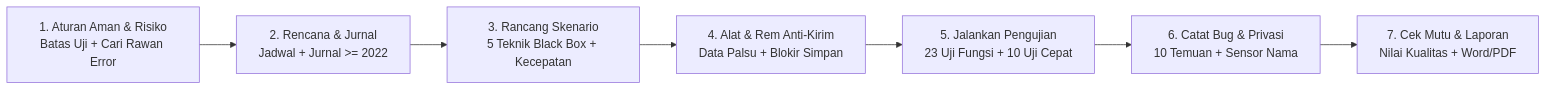
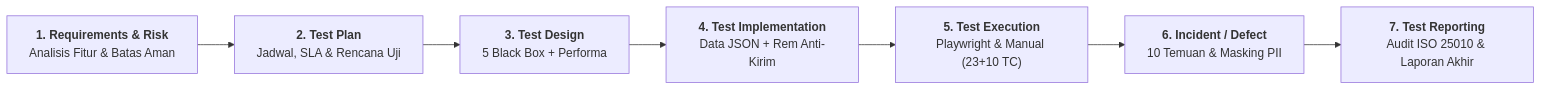
One commit to BrongSkuy/tugas-qa-testing changed the diagram in 02-objek-umkm-dan-rencana-uji/test-plan-gor-permata.md. Above: the diagram before and after it, drawn with Mermaid. The commit also changed other lines of this file and 16 other files, not shown here.

````diff
--- a/02-objek-umkm-dan-rencana-uji/test-plan-gor-permata.md
+++ b/02-objek-umkm-dan-rencana-uji/test-plan-gor-permata.md
@@ -83,9 +83,10 @@
 ```mermaid
 flowchart LR
-    T1["1. Aturan Aman & Risiko<br/>Batas Uji + Cari Rawan Error"] --> T2["2. Rencana & Jurnal<br/>Jadwal + Jurnal >= 2022"]
-    T2 --> T3["3. Rancang Skenario<br/>5 Teknik Black Box + Kecepatan"]
-    T3 --> T4["4. Alat & Rem Anti-Kirim<br/>Data Palsu + Blokir Simpan"]
-    T4 --> T5["5. Jalankan Pengujian<br/>23 Uji Fungsi + 10 Uji Cepat"]
-    T5 --> T6["6. Catat Bug & Privasi<br/>10 Temuan + Sensor Nama"]
-    T6 --> T7["7. Cek Mutu & Laporan<br/>Nilai Kualitas + Word/PDF"]
+    T1["<b>1. Requirements & Risk</b><br/>Analisis Fitur & Batas Aman"] 
+    --> T2["<b>2. Test Plan</b><br/>Jadwal, SLA & Rencana Uji"]
+    --> T3["<b>3. Test Design</b><br/>5 Black Box + Performa"]
+    --> T4["<b>4. Test Implementation</b><br/>Data JSON + Rem Anti-Kirim"]
+    --> T5["<b>5. Test Execution</b><br/>Playwright & Manual (23+10 TC)"]
+    --> T6["<b>6. Incident / Defect</b><br/>10 Temuan & Masking PII"]
+    --> T7["<b>7. Test Reporting</b><br/>Audit ISO 25010 & Laporan Akhir"]
 ```
````
